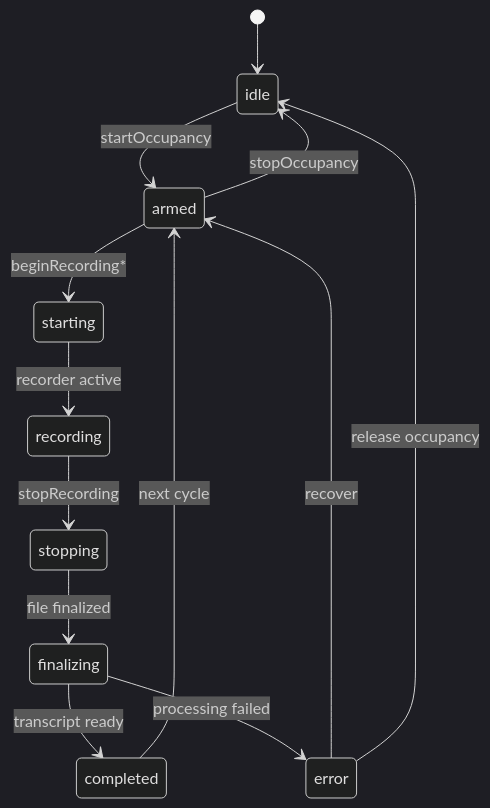
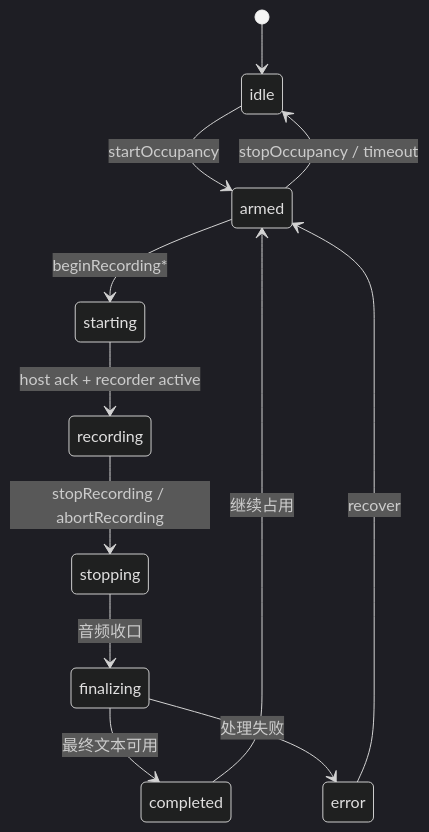
Before and after one commit to yaktypeinput-bit/YakType-Input-Release: the second of 2 diagrams in ios/Host-Keyboard-Communication-StateMachine.md, drawn with Mermaid (dark theme). The commit also changed other lines of this file and 13 other files, not shown here.

````diff
--- a/ios/Host-Keyboard-Communication-StateMachine.md
+++ b/ios/Host-Keyboard-Communication-StateMachine.md
@@ -152,15 +149,14 @@
 ```mermaid
 stateDiagram-v2
   [*] --> idle
   idle --> armed: startOccupancy
   armed --> starting: beginRecording*
-  starting --> recording: recorder active
-  recording --> stopping: stopRecording
-  stopping --> finalizing: file finalized
-  finalizing --> completed: transcript ready
-  finalizing --> error: processing failed
-  completed --> armed: next cycle
-  armed --> idle: stopOccupancy
+  starting --> recording: host ack + recorder active
+  recording --> stopping: stopRecording / abortRecording
+  stopping --> finalizing: 音频收口
+  finalizing --> completed: 最终文本可用
+  finalizing --> error: 处理失败
+  completed --> armed: 继续占用
+  armed --> idle: stopOccupancy / timeout
   error --> armed: recover
-  error --> idle: release occupancy
 ```
````
